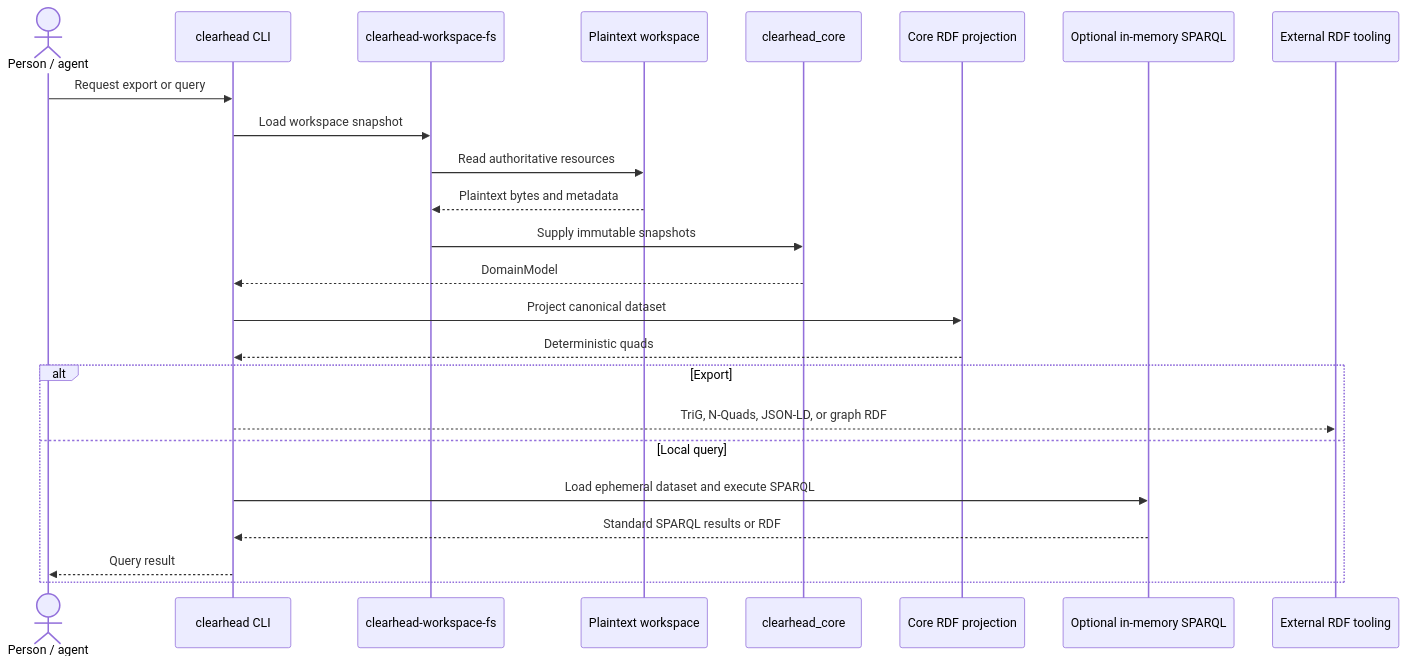
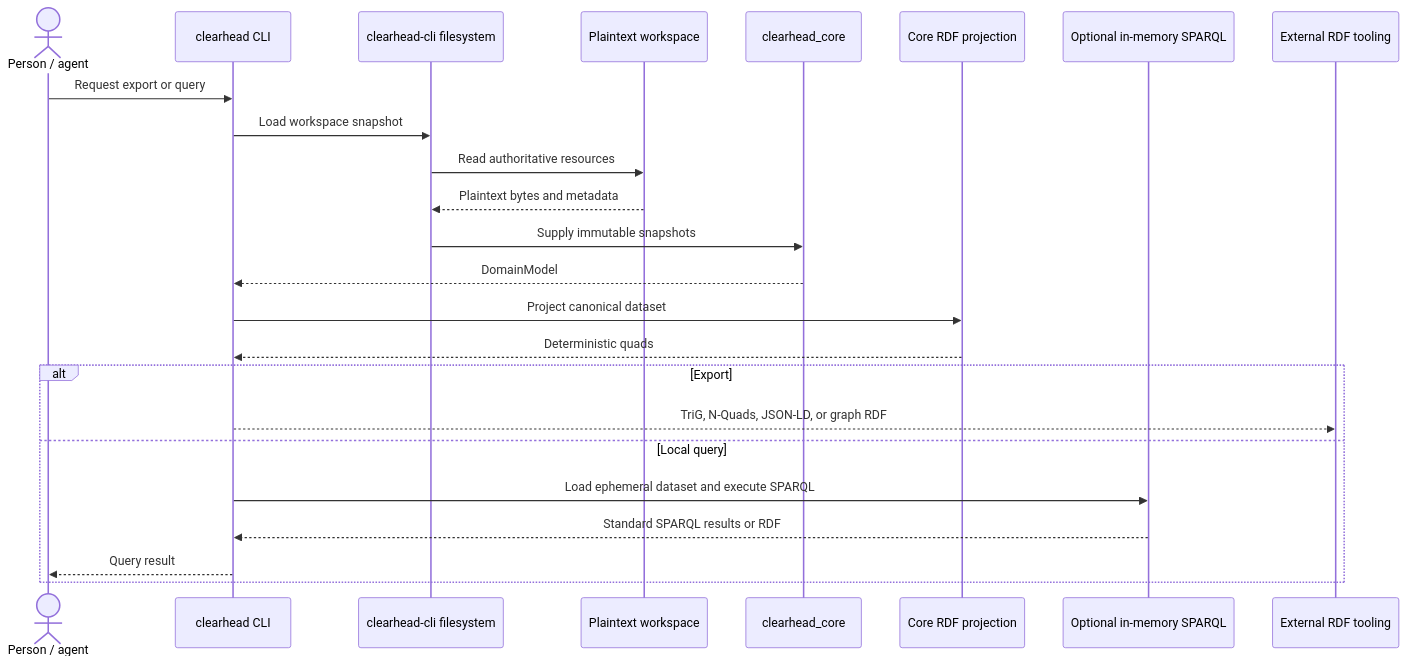
Before and after one commit to ClearHeadToDo-Devs/platform: the fourth of 4 diagrams in docs/workflows.md, drawn with Mermaid. The commit also changed other lines of this file and 5 other files, not shown here.

````diff
--- a/docs/workflows.md
+++ b/docs/workflows.md
@@ -113,27 +110,27 @@
 ```mermaid
 sequenceDiagram
     actor Caller as Person / agent
     participant CLI as clearhead CLI
-    participant FS as clearhead-workspace-fs
+    participant FS as clearhead-cli filesystem
     participant Workspace as Plaintext workspace
     participant Core as clearhead_core
     participant RDF as Core RDF projection
     participant Query as Optional in-memory SPARQL
     participant Consumer as External RDF tooling
 
     Caller->>CLI: Request export or query
     CLI->>FS: Load workspace snapshot
     FS->>Workspace: Read authoritative resources
     Workspace-->>FS: Plaintext bytes and metadata
     FS->>Core: Supply immutable snapshots
     Core-->>CLI: DomainModel
     CLI->>RDF: Project canonical dataset
     RDF-->>CLI: Deterministic quads
     alt Export
         CLI-->>Consumer: TriG, N-Quads, JSON-LD, or graph RDF
     else Local query
         CLI->>Query: Load ephemeral dataset and execute SPARQL
         Query-->>CLI: Standard SPARQL results or RDF
         CLI-->>Caller: Query result
     end
 ```
````
